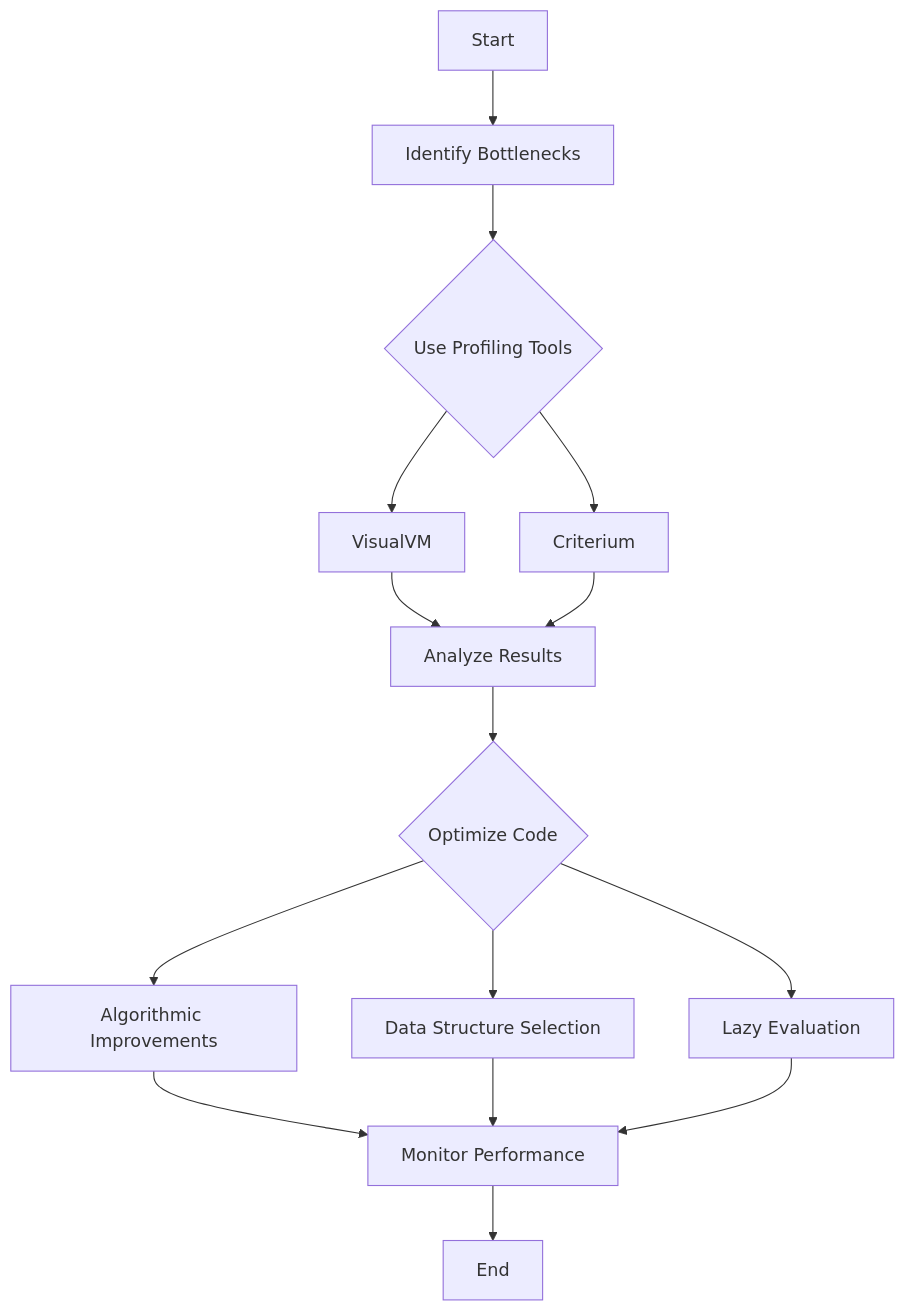
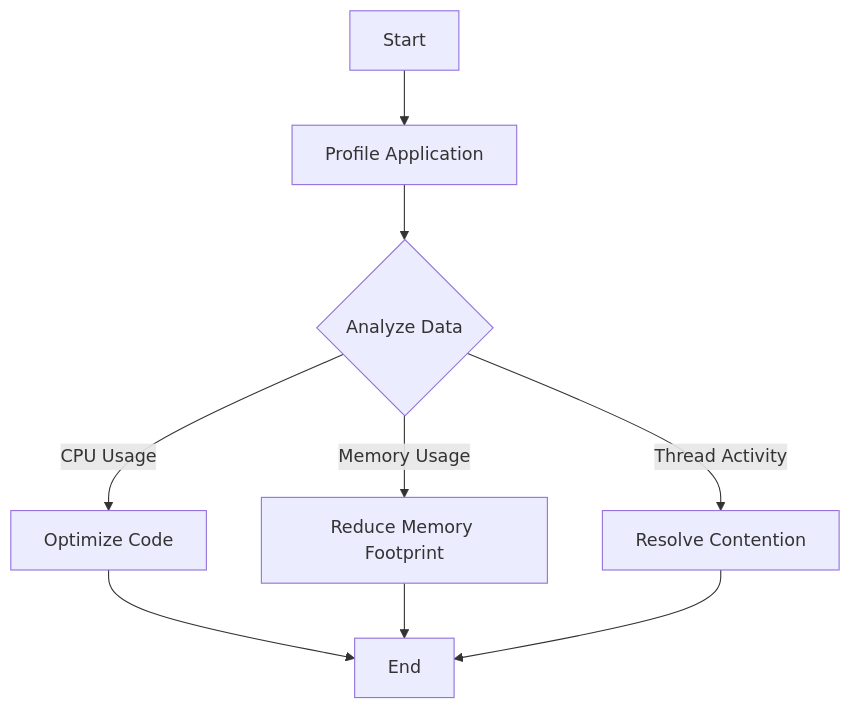
The first of 2 diagrams in content/3/22/1/index.md (MasteryEducation/ClojureForJava.com), drawn with Mermaid before and after one commit. The commit also changed other lines of this file and 74 other files, not shown here.

````diff
--- a/content/3/22/1/index.md
+++ b/content/3/22/1/index.md
@@ -141,17 +91,11 @@
 ```mermaid
-flowchart TD
-    A[Start] --> B[Identify Bottlenecks]
-    B --> C{Use Profiling Tools}
-    C --> D[VisualVM]
-    C --> E[Criterium]
-    D --> F[Analyze Results]
-    E --> F
-    F --> G{Optimize Code}
-    G --> H[Algorithmic Improvements]
-    G --> I[Data Structure Selection]
-    G --> J[Lazy Evaluation]
-    H --> K[Monitor Performance]
-    I --> K
-    J --> K
-    K --> L[End]
+graph TD;
+    A[Start] --> B[Profile Application];
+    B --> C{Analyze Data};
+    C -->|CPU Usage| D[Optimize Code];
+    C -->|Memory Usage| E[Reduce Memory Footprint];
+    C -->|Thread Activity| F[Resolve Contention];
+    D --> G[End];
+    E --> G;
+    F --> G;
 ```
````
